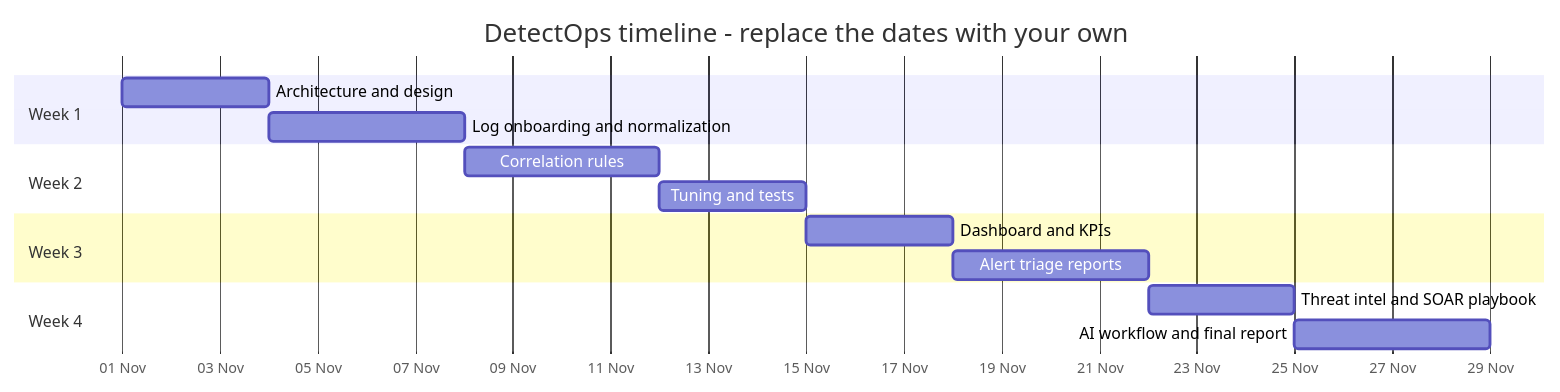
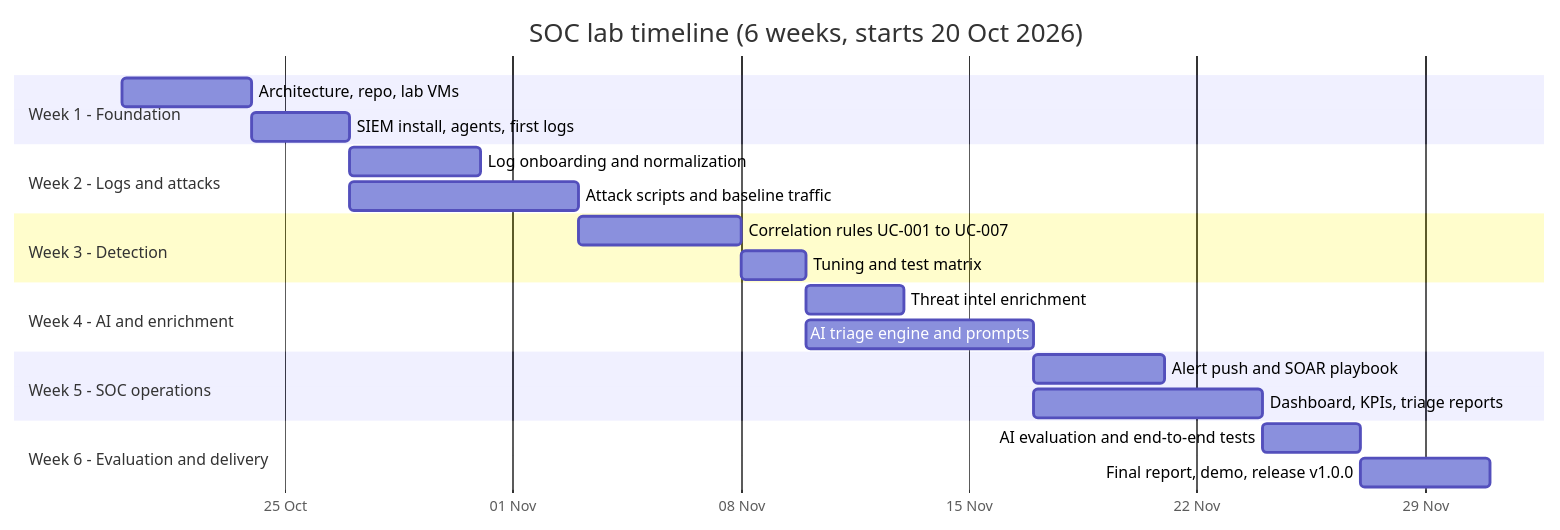
Before and after one commit to SalehAyman55/Project-4: the sixth of 7 diagrams in README.md, drawn with Mermaid. The commit also changed other lines of this file and 20 other files, not shown here.

First line of the commit message:
docs: restructure project, add README, diagrams and repo scaffolding

````diff
--- a/README.md
+++ b/README.md
@@ -358,18 +509,24 @@
 ```mermaid
 gantt
-    title DetectOps timeline - replace the dates with your own
+    title SOC lab timeline (6 weeks, starts 20 Oct 2026)
     dateFormat  YYYY-MM-DD
     axisFormat  %d %b
-    section Week 1
-    Architecture and design           :a1, 2026-11-01, 3d
-    Log onboarding and normalization  :a2, after a1, 4d
-    section Week 2
-    Correlation rules                 :b1, 2026-11-08, 4d
-    Tuning and tests                  :b2, after b1, 3d
-    section Week 3
-    Dashboard and KPIs                :c1, 2026-11-15, 3d
-    Alert triage reports              :c2, after c1, 4d
-    section Week 4
-    Threat intel and SOAR playbook    :d1, 2026-11-22, 3d
-    AI workflow and final report      :d2, after d1, 4d
+    section Week 1 - Foundation
+    Architecture, repo, lab VMs           :a1, 2026-10-20, 4d
+    SIEM install, agents, first logs      :a2, after a1, 3d
+    section Week 2 - Logs and attacks
+    Log onboarding and normalization      :b1, 2026-10-27, 4d
+    Attack scripts and baseline traffic   :b2, 2026-10-27, 7d
+    section Week 3 - Detection
+    Correlation rules UC-001 to UC-007    :c1, 2026-11-03, 5d
+    Tuning and test matrix                :c2, after c1, 2d
+    section Week 4 - AI and enrichment
+    Threat intel enrichment               :d1, 2026-11-10, 3d
+    AI triage engine and prompts          :d2, 2026-11-10, 7d
+    section Week 5 - SOC operations
+    Alert push and SOAR playbook          :e1, 2026-11-17, 4d
+    Dashboard, KPIs, triage reports       :e2, 2026-11-17, 7d
+    section Week 6 - Evaluation and delivery
+    AI evaluation and end-to-end tests    :f1, 2026-11-24, 3d
+    Final report, demo, release v1.0.0    :f2, after f1, 4d
 ```
````
